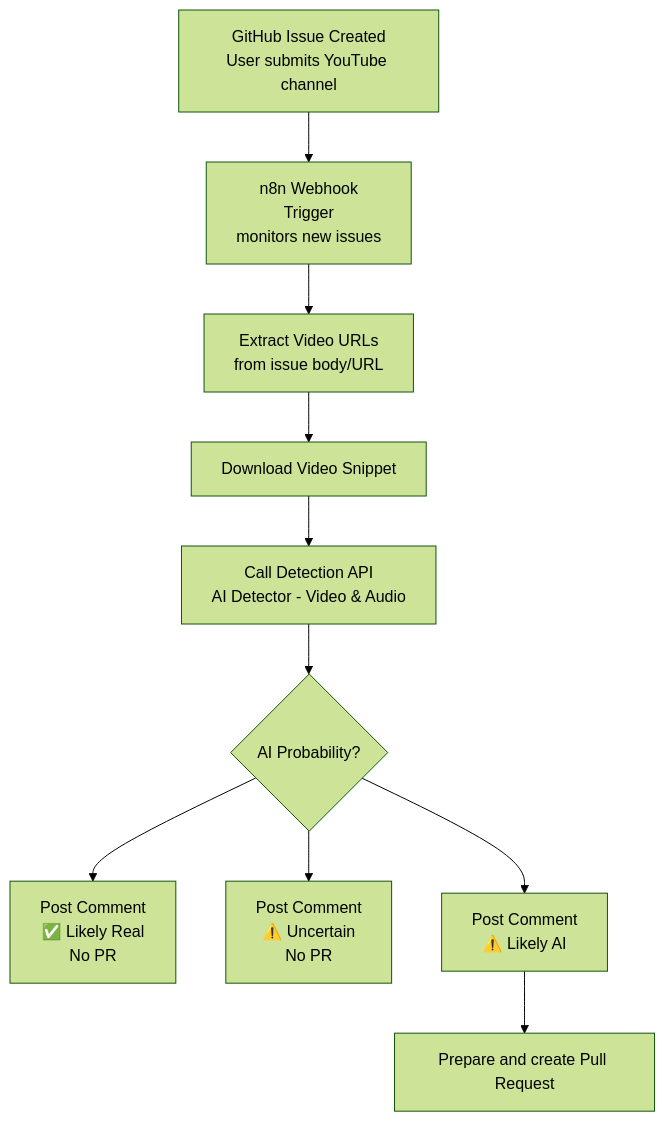
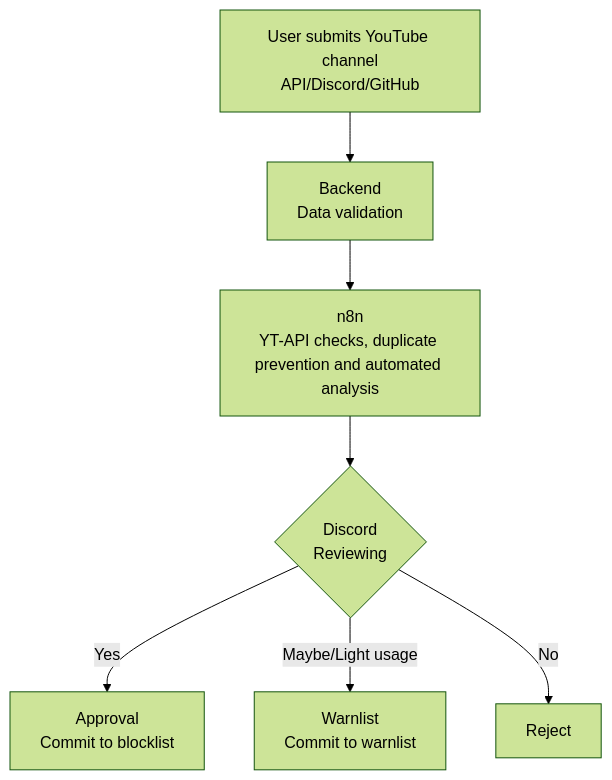
The diagram in README.md (Override92/AiSList), drawn with Mermaid (forest theme) before and after one commit. The commit also changed other lines of this file, not shown here.

Commit message:
Update Readme
Updated AI channel contribution guidelines and removed outdated links. Adjusted formatting and current workflow.

````diff
--- a/README.md
+++ b/README.md
@@ -92,13 +96,9 @@
 ```mermaid
 flowchart TD
-  A[GitHub Issue Created<br/>User submits YouTube channel] --> B[n8n Webhook
-Trigger<br/>monitors new issues]
-  B --> C[Extract Video URLs<br/>from issue body/URL]
-  C --> D[Download Video Snippet]
-  D --> E[Call Detection API<br/>AI Detector - Video & Audio]
-  E --> F{AI Probability?}
-  F -->| | G[Post Comment<br/>✅ Likely Real<br/>No PR]
-  F -->| | H[Post Comment<br/>⚠️ Uncertain<br/>No PR]
-  F -->| | I[Post Comment<br/>⚠️ Likely AI]
-  I --> J[Prepare and create Pull Request]
+  A[User submits YouTube channel<br/>API/Discord/GitHub] --> B[Backend<br/>Data validation]
+  B --> C[n8n<br/>YT-API checks, duplicate prevention and automated analysis]
+  C --> D{Discord<br/>Reviewing}
+  D -->|Yes| E[Approval<br/>Commit to blocklist]
+  D -->|Maybe/Light usage| F[Warnlist<br/>Commit to warnlist]
+  D -->|No| G[Reject]
 ```
````
